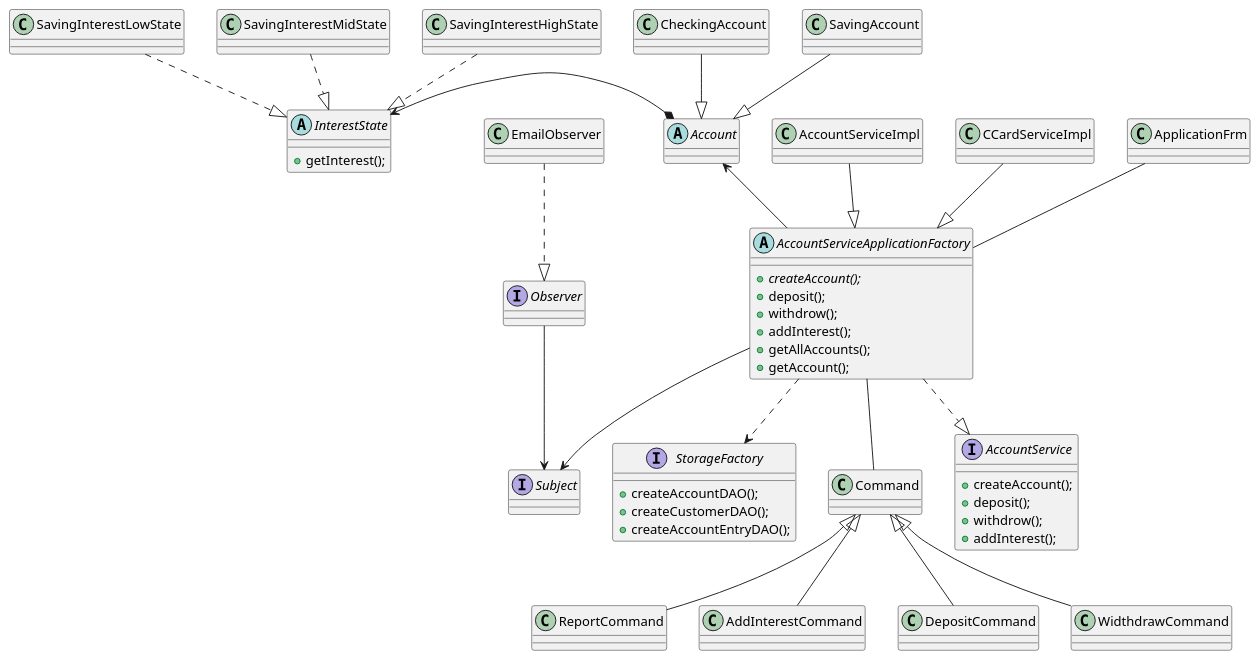
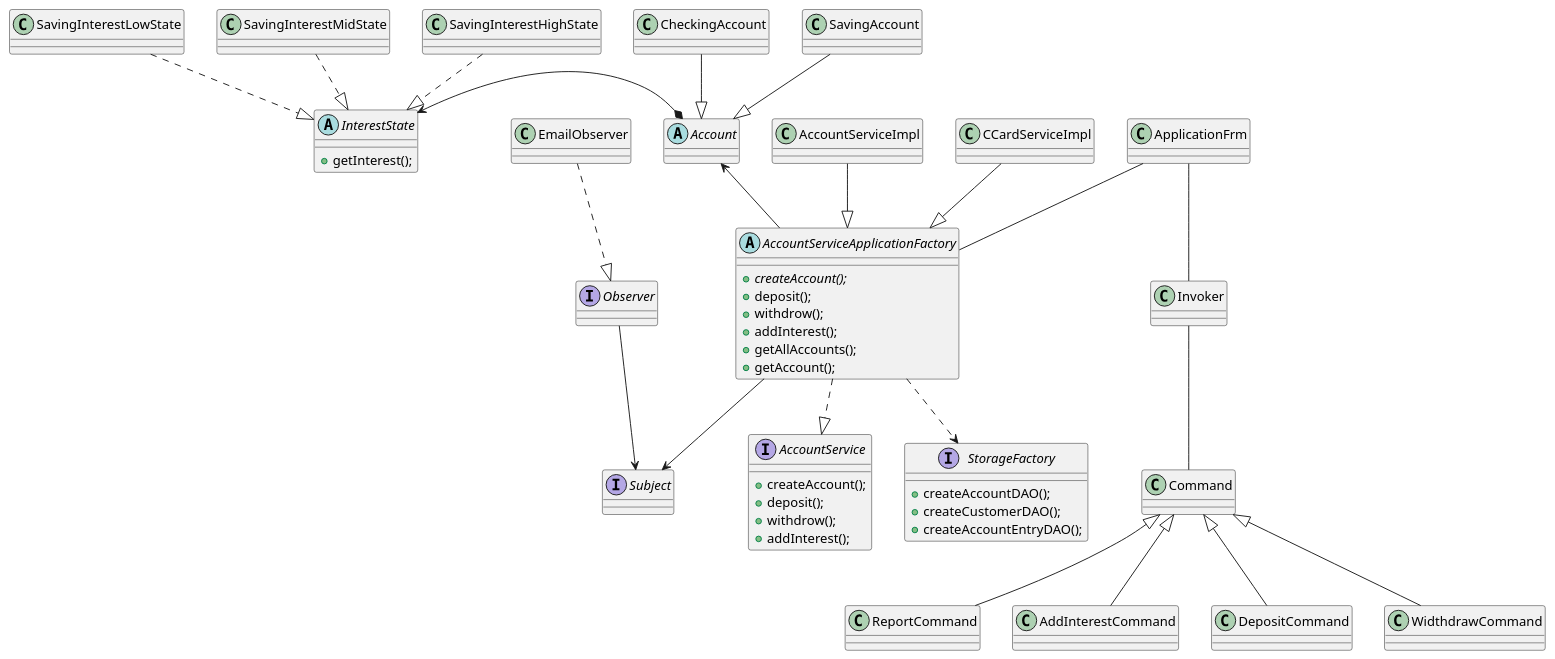
The diagram in src/main/java/Internal/classDiagram.puml (kgapparov/ASDProject), drawn with PlantUML before and after one commit. The commit also changed 6 other files, not shown here.

```diff
--- a/src/main/java/Internal/classDiagram.puml
+++ b/src/main/java/Internal/classDiagram.puml
@@ -1,69 +1,70 @@
 @startuml
 'https://plantuml.com/class-diagram
 
 interface AccountService {
     +createAccount();
     +deposit();
     +withdrow();
     +addInterest();
 }
 
 abstract AccountServiceApplicationFactory{
     +{abstract}createAccount();
     +deposit();
     +withdrow();
     +addInterest();
     +getAllAccounts();
     +getAccount();
 }
 
 interface StorageFactory {
     +createAccountDAO();
     +createCustomerDAO();
     +createAccountEntryDAO();
 }
 'new Account product with subclasses
 abstract Account
 class CheckingAccount
 class SavingAccount
 'diagram
 CheckingAccount --|> Account
 SavingAccount --|> Account
 
 
 'Observer pattern for notifiyer
 interface Subject
 Interface Observer
 class EmailObserver
 
 Observer --> Subject
 EmailObserver ..|> Observer
 
 AccountServiceApplicationFactory --> Subject
 
 abstract class InterestState {
     +getInterest();
 }
 class SavingInterestLowState
 class SavingInterestMidState
 class SavingInterestHighState
 SavingInterestHighState ..|> InterestState
 SavingInterestLowState ..|> InterestState
 SavingInterestMidState ..|> InterestState
 
 InterestState <-* Account
 AccountServiceApplicationFactory ..|> AccountService
 AccountServiceImpl --|> AccountServiceApplicationFactory
 CCardServiceImpl --|> AccountServiceApplicationFactory
 
 AccountServiceApplicationFactory ..> StorageFactory
 Account <-- AccountServiceApplicationFactory
 
 Command <|-- ReportCommand
 Command <|-- AddInterestCommand
 Command <|-- DepositCommand
 Command <|-- WidthdrawCommand
 
-AccountServiceApplicationFactory -- Command
+Invoker  -- Command
+ApplicationFrm -- Invoker
 ApplicationFrm -- AccountServiceApplicationFactory
 @enduml
```
